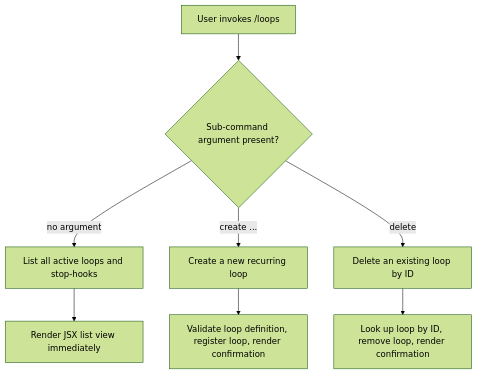
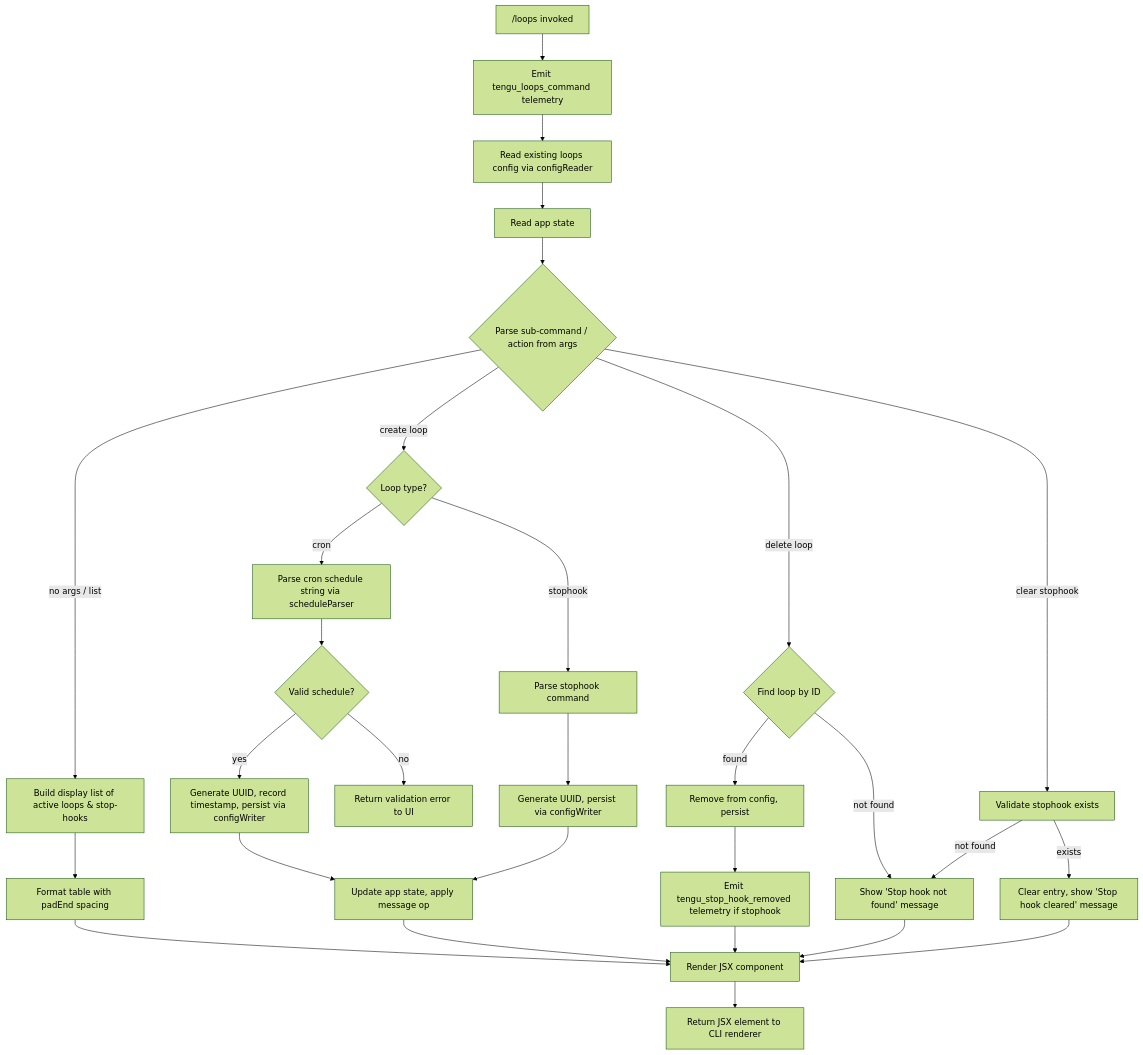
One commit to MyLittleLuckyDog/cc-gnothi changed the diagram in versions/v2.1.145/loops.md. Above: the diagram before and after it, drawn with Mermaid (forest theme). The commit also changed other lines of this file and 483 other files, not shown here.

````diff
--- a/versions/v2.1.145/loops.md
+++ b/versions/v2.1.145/loops.md
@@ -47,10 +55,37 @@
 ```mermaid
 flowchart TD
-    A[User invokes /loops] --> B{Sub-command argument present?}
-    B -- "no argument" --> C[List all active loops and stop-hooks]
-    B -- "create ..." --> D[Create a new recurring loop]
-    B -- "delete <id>" --> E[Delete an existing loop by ID]
-    C --> F[Render JSX list view immediately]
-    D --> G[Validate loop definition, register loop, render confirmation]
-    E --> H[Look up loop by ID, remove loop, render confirmation]
+    A["/loops invoked"] --> B[Emit tengu_loops_command telemetry]
+    B --> C[Read existing loops config via configReader]
+    C --> D[Read app state]
+    D --> E{Parse sub-command / action from args}
+
+    E -->|no args / list| F[Build display list of active loops & stop-hooks]
+    F --> G[Format table with padEnd spacing]
+    G --> R[Render JSX component]
+
+    E -->|create loop| H{Loop type?}
+    H -->|cron| I[Parse cron schedule string via scheduleParser]
+    I --> I2{Valid schedule?}
+    I2 -->|yes| I3[Generate UUID, record timestamp, persist via configWriter]
+    I2 -->|no| I4[Return validation error to UI]
+    I3 --> J[Update app state, apply message op]
+    J --> R
+
+    H -->|stophook| K[Parse stophook command]
+    K --> K2[Generate UUID, persist via configWriter]
+    K2 --> J
+
+    E -->|delete loop| L{Find loop by ID}
+    L -->|found| M[Remove from config, persist]
+    M --> N[Emit tengu_stop_hook_removed telemetry if stophook]
+    N --> R
+    L -->|not found| O[Show 'Stop hook not found' message]
+    O --> R
+
+    E -->|clear stophook| P[Validate stophook exists]
+    P -->|exists| Q[Clear entry, show 'Stop hook cleared' message]
+    P -->|not found| O
+    Q --> R
+
+    R --> S[Return JSX element to CLI renderer]
 ```
````
